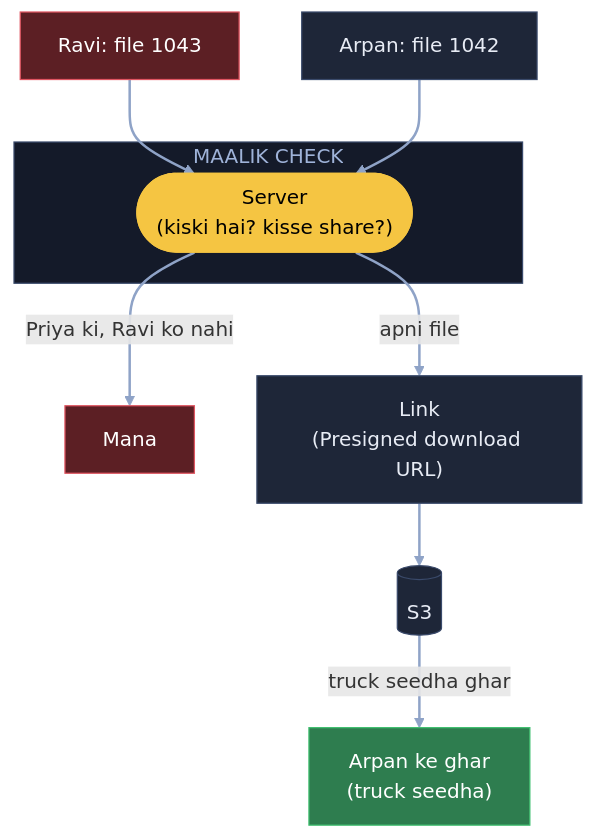
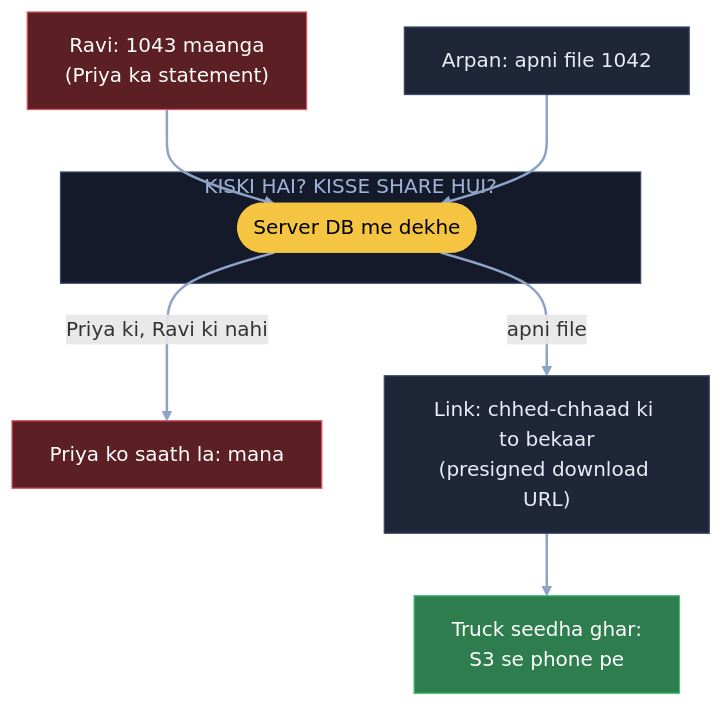
Before and after one commit to ArpanMaheshwari144/Prep: the sixth of 8 diagrams in 04_HLD/SYSTEM_DESIGNS/07_file_upload_validate_system/07_file_upload.md, drawn with Mermaid. The commit also changed other lines of this file, not shown here.

Commit message:
File upload: 8 diagram hand notes ke shabdon se; core me 7 nahi (notes jaisa), 'kiski hai', K3 apni jodi line hatai

````diff
--- a/04_HLD/SYSTEM_DESIGNS/07_file_upload_validate_system/07_file_upload.md
+++ b/04_HLD/SYSTEM_DESIGNS/07_file_upload_validate_system/07_file_upload.md
@@ -220,24 +225,22 @@
 ```mermaid
 flowchart TB
-    R["Ravi: file 1043"]:::bad
-    A["Arpan: file 1042"]:::card
-    subgraph MC["MAALIK CHECK"]
-        U(["Server<br/>(kiski hai? kisse share?)"]):::pill
+    R["Ravi: 1043 maanga<br/>(Priya ka statement)"]:::bad
+    A["Arpan: apni file 1042"]:::card
+    subgraph KH["KISKI HAI? KISSE SHARE HUI?"]
+        U(["Server DB me dekhe"]):::pill
     end
-    X["Mana"]:::bad
-    T["Link<br/>(Presigned download URL)"]:::card
-    S3[("S3")]:::card
-    AH["Arpan ke ghar<br/>(truck seedha)"]:::good
+    X["Priya ko saath la: mana"]:::bad
+    L["Link: chhed-chhaad ki to bekaar<br/>(presigned download URL)"]:::card
+    T["Truck seedha ghar:<br/>S3 se phone pe"]:::good
     R --> U
     A --> U
-    U -- "Priya ki, Ravi ko nahi" --> X
-    U -- "apni file" --> T
-    T --> S3
-    S3 -- "truck seedha ghar" --> AH
+    U -- "Priya ki, Ravi ki nahi" --> X
+    U -- "apni file" --> L
+    L --> T
     linkStyle default stroke:#8fa3c7,stroke-width:2px
     classDef card fill:#1e2638,stroke:#3a4a6b,color:#e8ecf5
     classDef pill fill:#f5c542,stroke:#f5c542,color:#000
     classDef good fill:#2e7d4f,stroke:#3fbf6f,color:#fff
     classDef bad fill:#5c1f24,stroke:#e05561,color:#fff
-    style MC fill:#141a29,stroke:#3a4a6b,color:#9fb3d9
+    style KH fill:#141a29,stroke:#3a4a6b,color:#9fb3d9
 ```
````
